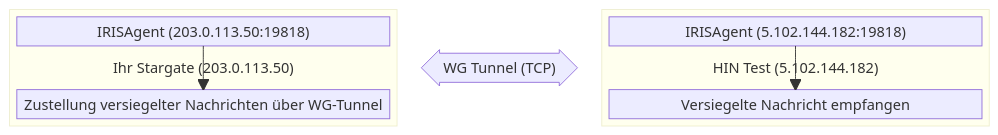
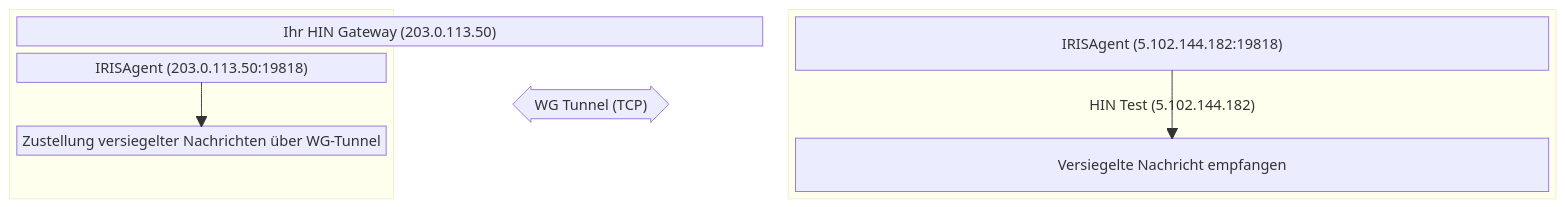
One commit to Health-Info-Net-AG/Stargate-deployment changed the first of 2 diagrams in docs/de/Docker-advanced.md. Above: the diagram before and after it, drawn with Mermaid. The commit also changed other lines of this file and 64 other files, not shown here.

Commit message:
All "Stargates" replaced with "HIN Gateway", also with `(?<![/\w-])Stargate(?![/\w-])` rule.

````diff
--- a/docs/de/Docker-advanced.md
+++ b/docs/de/Docker-advanced.md
@@ -457,23 +457,23 @@
 ```mermaid
 block
 columns 5
-  block:Stargate["Ihr Stargate (203.0.113.50)"]:2
+  block:HIN Gateway["Ihr HIN Gateway (203.0.113.50)"]:2
     columns 1
     A
     space
     A --> B
     A["IRISAgent (203.0.113.50:19818)"]
     B["Zustellung versiegelter Nachrichten über WG-Tunnel"]
   end
 
   blockArrowId1<["WG Tunnel (TCP)"]>(x):1
 
   block:mxengine["HIN Test (5.102.144.182)"]:2
     columns 1
     C
     space
     C --> D
     C["IRISAgent (5.102.144.182:19818)"]
     D["Versiegelte Nachricht empfangen"]
   end
 ```
````
